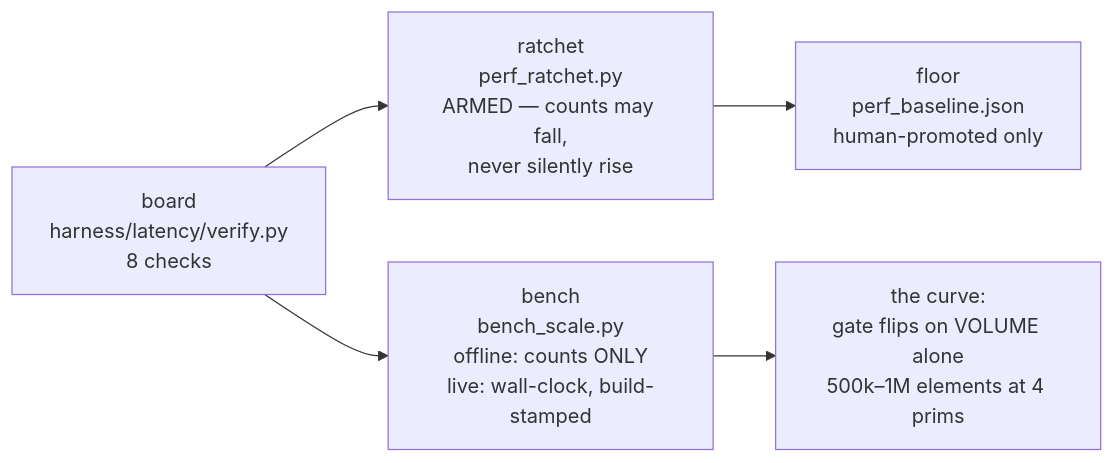
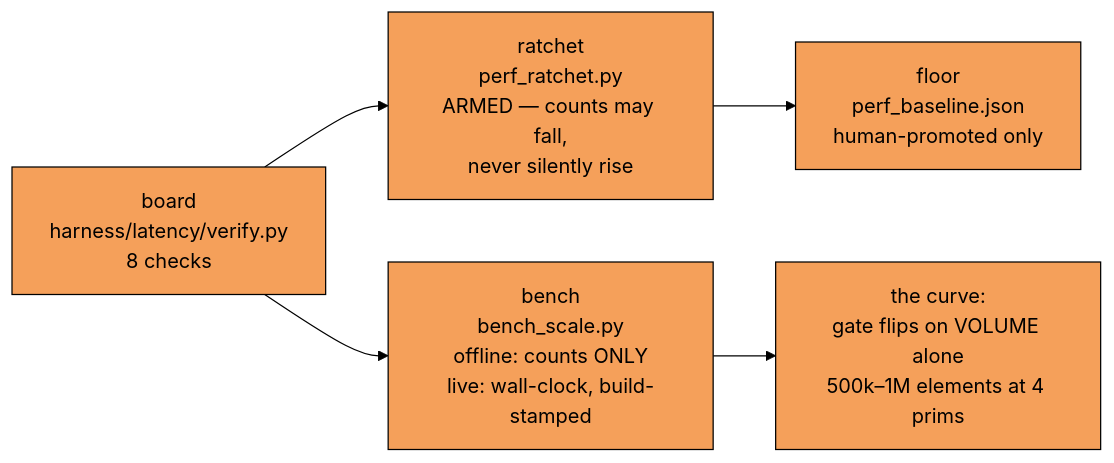
Before and after one commit to JosephOIbrahim/Synapse: the fifth of 6 diagrams in README.md, drawn with Mermaid. The commit also changed other lines of this file and 1 other file, not shown here.

Commit message:
docs: BLOCKS section in README (ADHD-native, own diagram), unreleased CHANGELOG entry, mermaid theme (black text / orange fill / black borders) across all 6 diagrams

````diff
--- a/README.md
+++ b/README.md
@@ -290,7 +351,8 @@
 ```mermaid
+%%{init: {'theme':'base','themeVariables':{'primaryColor':'#F5A05A','primaryTextColor':'#000000','primaryBorderColor':'#000000','lineColor':'#000000','textColor':'#000000','clusterBkg':'#FBE3CE','clusterBorder':'#000000','edgeLabelBackground':'#FBE3CE','secondaryColor':'#FBE3CE','secondaryTextColor':'#000000','secondaryBorderColor':'#000000','tertiaryColor':'#FBE3CE','tertiaryTextColor':'#000000','tertiaryBorderColor':'#000000'}}}%%
 flowchart LR
     B["board<br/>harness/latency/verify.py<br/>8 checks"] --> R["ratchet<br/>perf_ratchet.py<br/>ARMED — counts may fall,<br/>never silently rise"]
     R --> F["floor<br/>perf_baseline.json<br/>human-promoted only"]
     B --> C["bench<br/>bench_scale.py<br/>offline: counts ONLY<br/>live: wall-clock, build-stamped"]
     C --> K["the curve:<br/>gate flips on VOLUME alone<br/>500k–1M elements at 4 prims"]
 ```
````
